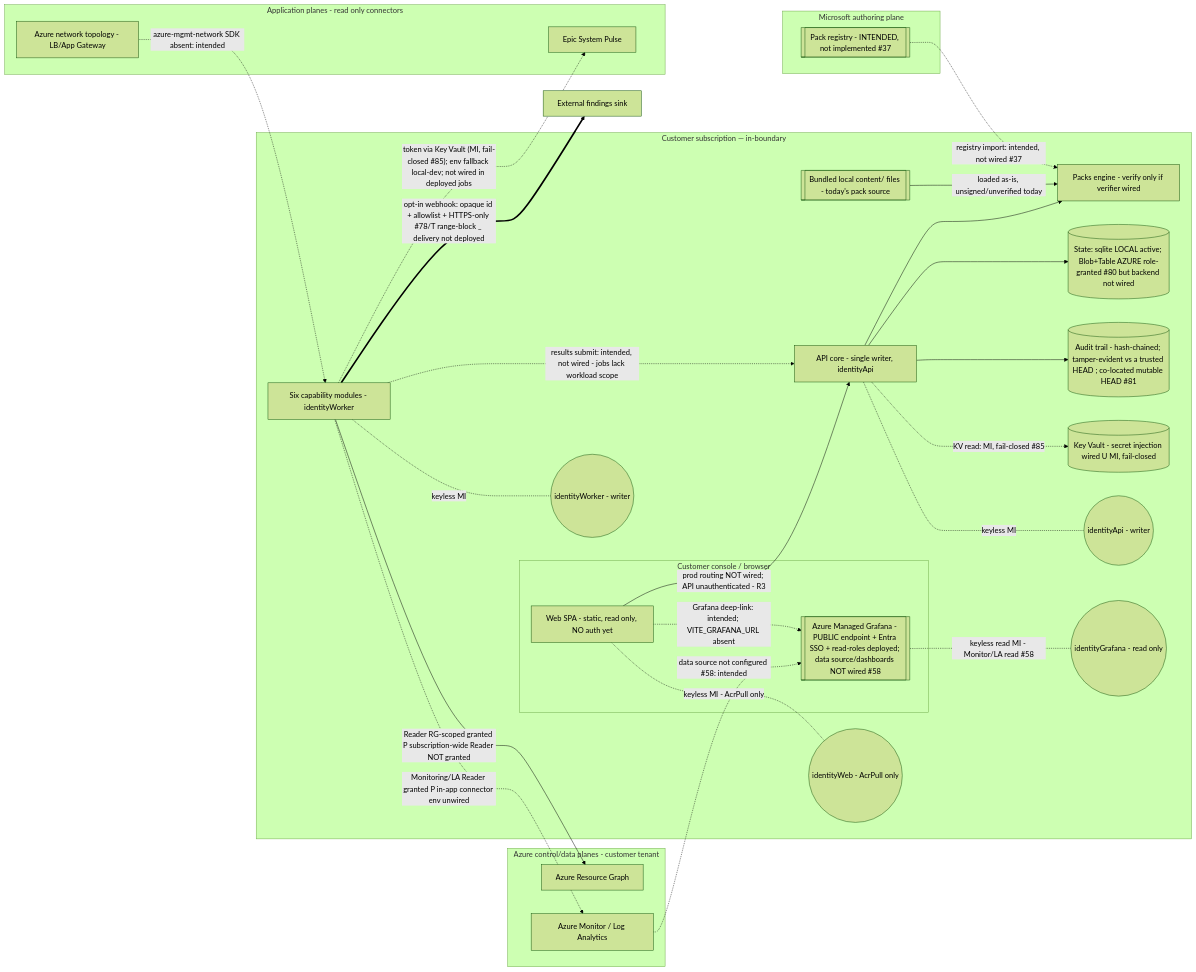
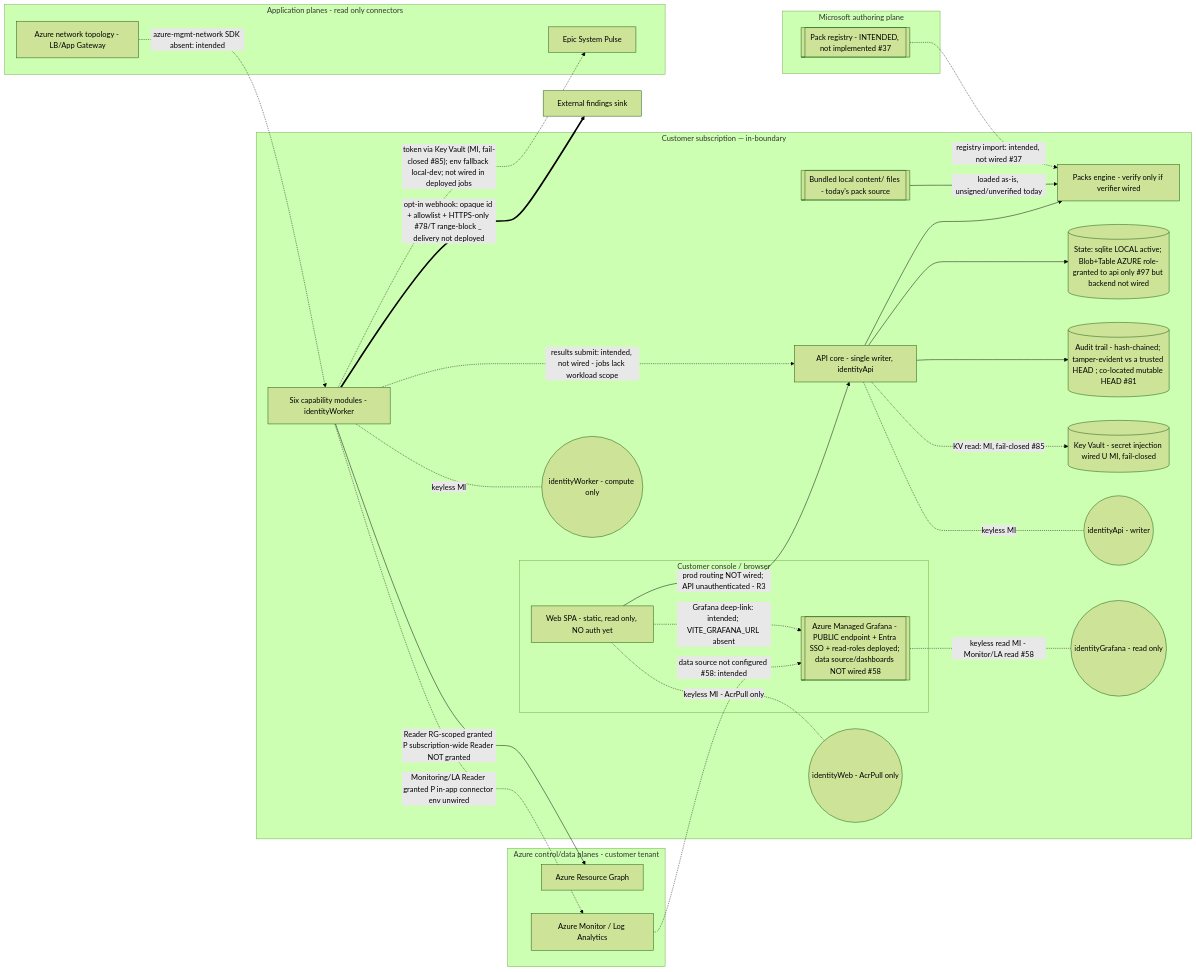
One commit to cabberley/workload-platform changed the diagram in docs/security/threat-model.md. Above: the diagram before and after it, drawn with Mermaid (forest theme). The commit also changed other lines of this file and 5 other files, not shown here.

First line of the commit message:
feat(infra): enforce API-only state writer via RBAC (#97)

````diff
--- a/docs/security/threat-model.md
+++ b/docs/security/threat-model.md
@@ -65,50 +65,50 @@
 ```mermaid
 graph LR
     subgraph MSFT[Microsoft authoring plane]
         REG[[Pack registry - INTENDED, not implemented #37]]
     end
     subgraph CUST[Customer subscription — in-boundary]
         subgraph CP[Customer console / browser]
             WEB[Web SPA - static, read only, NO auth yet]
             GRAF[[Azure Managed Grafana - PUBLIC endpoint + Entra SSO + read-roles deployed; data source/dashboards NOT wired #58]]
         end
         BUNDLED[[Bundled local content/ files - today's pack source]]
         API[API core - single writer, identityApi]
         MOD[Six capability modules - identityWorker]
         PE[Packs engine - verify only if verifier wired]
-        ST[(State: sqlite LOCAL active; Blob+Table AZURE role-granted #80 but backend not wired)]
+        ST[(State: sqlite LOCAL active; Blob+Table AZURE role-granted to api only #97 but backend not wired)]
         AUD[(Audit trail - hash-chained; tamper-evident vs a trusted HEAD #59; co-located mutable HEAD #81)]
         KV[(Key Vault - secret injection wired #85; MI, fail-closed)]
         IDA((identityApi - writer))
-        IDW((identityWorker - writer))
+        IDW((identityWorker - compute only))
         IDWEB((identityWeb - AcrPull only))
         IDG((identityGrafana - read only))
     end
     subgraph AZ[Azure control/data planes - customer tenant]
         ARG[Azure Resource Graph]
         AM[Azure Monitor / Log Analytics]
     end
     subgraph APP[Application planes - read only connectors]
         SP[Epic System Pulse]
         NET[Azure network topology - LB/App Gateway]
     end
     REG -. registry import: intended, not wired #37 .-> PE
     BUNDLED -->|loaded as-is, unsigned/unverified today| PE
     WEB -->|prod routing NOT wired; API unauthenticated - R3| API
     WEB -. Grafana deep-link: intended; VITE_GRAFANA_URL absent .-> GRAF
     API --> ST
     API --> AUD
     API --> PE
     MOD -. results submit: intended, not wired - jobs lack workload scope .-> API
     API -. keyless MI .- IDA
     MOD -. keyless MI .- IDW
     WEB -. keyless MI - AcrPull only .- IDWEB
     GRAF -. keyless read MI - Monitor/LA read #58 .- IDG
     MOD -->|Reader RG-scoped granted #80; subscription-wide Reader NOT granted| ARG
     MOD -. Monitoring/LA Reader granted #80; in-app connector env unwired .-> AM
     AM -. data source not configured #58: intended .-> GRAF
     MOD -. token via Key Vault (MI, fail-closed #85); env fallback local-dev; not wired in deployed jobs .-> SP
     NET -. azure-mgmt-network SDK absent: intended .-> MOD
     MOD ==>|opt-in webhook: opaque id + allowlist + HTTPS-only #78/#84; range-block #95; delivery not deployed| OUT[External findings sink]
     API -. KV read: MI, fail-closed #85 .-> KV
 ```
````
